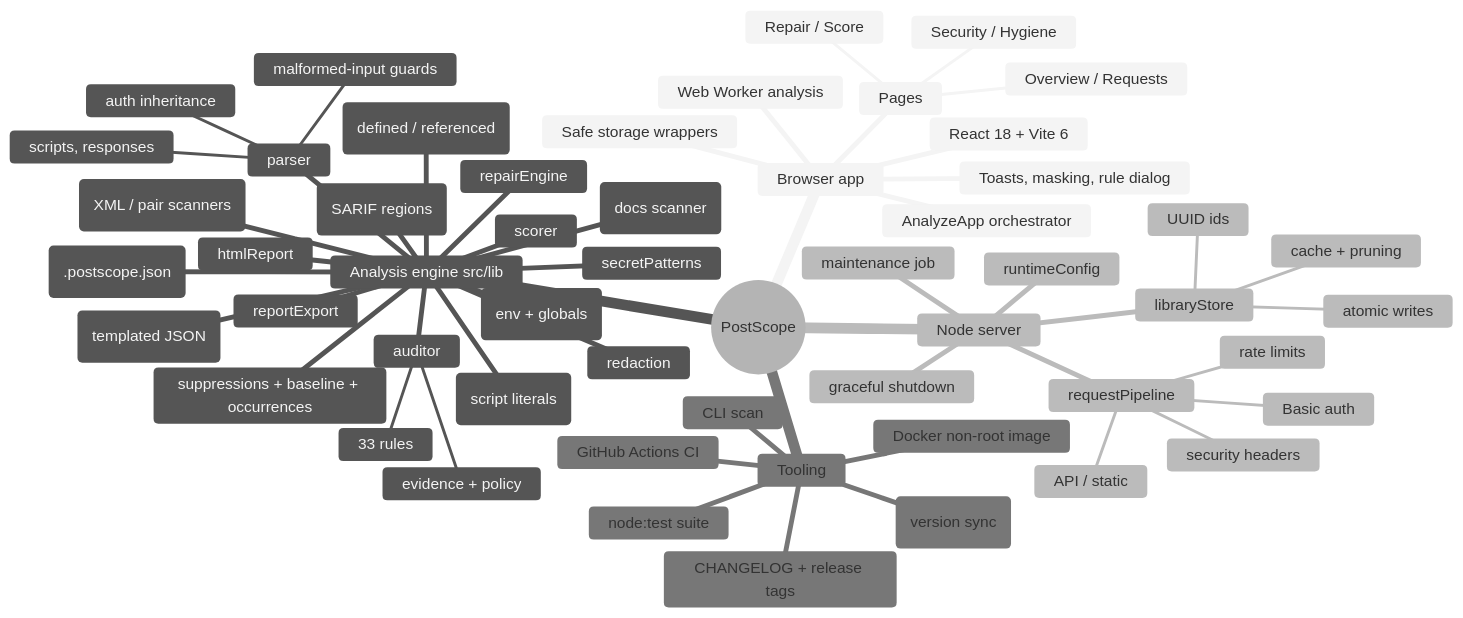
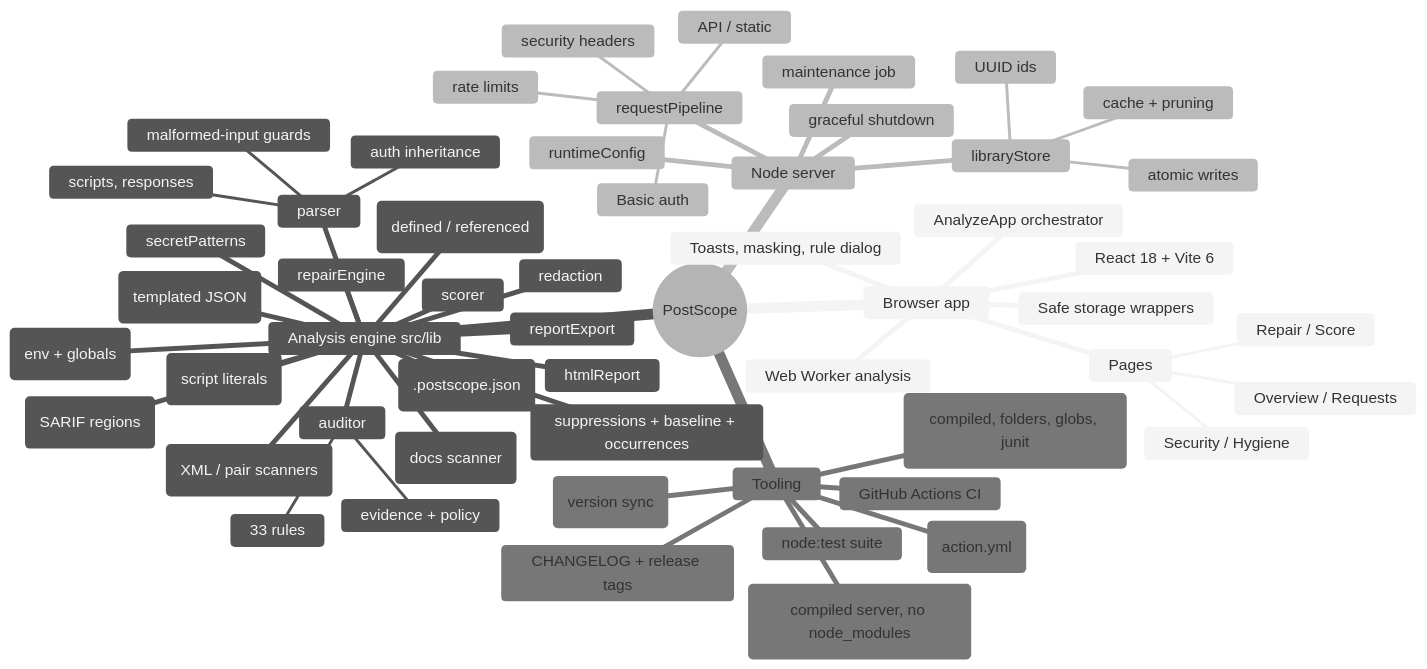
Before and after one commit to winksen/Postscope-App: the first of 2 diagrams in docs/mindmap/TECHNICAL_MINDMAP.md, drawn with Mermaid (neutral theme). The commit also changed other lines of this file and 24 other files, not shown here.

````diff
--- a/docs/mindmap/TECHNICAL_MINDMAP.md
+++ b/docs/mindmap/TECHNICAL_MINDMAP.md
@@ -11,57 +11,58 @@
 ```mermaid
 mindmap
   root((PostScope))
     Browser app
       React 18 + Vite 6
       AnalyzeApp orchestrator
       Pages
         Overview / Requests
         Security / Hygiene
         Repair / Score
       Web Worker analysis
       Toasts, masking, rule dialog
       Safe storage wrappers
     Analysis engine src/lib
       parser
         auth inheritance
         scripts, responses
         malformed-input guards
       auditor
         33 rules
         evidence + policy
       jsonBody (templated JSON)
       rawBody (XML / pair scanners)
       descriptions (docs scanner)
       scriptSecrets (script literals)
       environment (env + globals)
       variableUsage (defined / referenced)
       suppressions + baseline + occurrences
       jsonPositions + evidencePointers (SARIF regions)
       htmlReport
       projectConfig (.postscope.json)
       secretPatterns
       scorer
       repairEngine
       redaction
       reportExport
     Node server
       requestPipeline
         security headers
         Basic auth
         rate limits
         API / static
       libraryStore
         UUID ids
         atomic writes
         cache + pruning
       runtimeConfig
       maintenance job
       graceful shutdown
     Tooling
-      CLI scan
+      CLI scan (compiled, folders, globs, junit)
       node:test suite
       GitHub Actions CI
-      Docker non-root image
+      Docker non-root image (compiled server, no node_modules)
+      GitHub Action (action.yml)
       release:check (version sync)
       CHANGELOG + release tags
 ```
````
